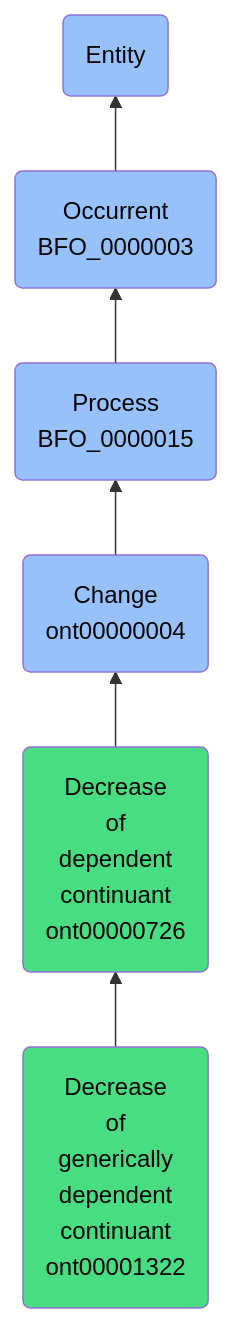
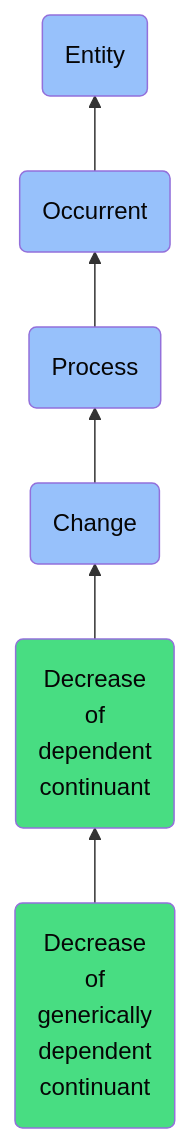
Before and after one commit to jupyter-naas/abi: the diagram in docs/ontology/reference/model/Entity/Occurrent/Process/Change/Decrease of dependent continuant/Decrease of generically dependent continuant/Decrease of generically dependent continuant.md, drawn with Mermaid. The commit also changed other lines of this file and 1430 other files, not shown here.

````diff
--- a/docs/ontology/reference/model/Entity/Occurrent/Process/Change/Decrease of dependent continuant/Decrease of generically dependent continuant/Decrease of generically dependent continuant.md
+++ b/docs/ontology/reference/model/Entity/Occurrent/Process/Change/Decrease of dependent continuant/Decrease of generically dependent continuant/Decrease of generically dependent continuant.md
@@ -24,13 +24,13 @@
 ```mermaid
 graph BT
-    ont00001322(Decrease<br>of<br>generically<br>dependent<br>continuant<br>ont00001322):::ABI-->ont00000726
-    ont00000726(Decrease<br>of<br>dependent<br>continuant<br>ont00000726):::ABI-->ont00000004
-    ont00000004(Change<br>ont00000004):::BFO-->BFO_0000015
-    BFO_0000015(Process<br>BFO_0000015):::BFO-->BFO_0000003
-    BFO_0000003(Occurrent<br>BFO_0000003):::BFO-->BFO_0000001
+    ont00001322(Decrease<br>of<br>generically<br>dependent<br>continuant):::ABI-->ont00000726
+    ont00000726(Decrease<br>of<br>dependent<br>continuant):::ABI-->ont00000004
+    ont00000004(Change):::BFO-->BFO_0000015
+    BFO_0000015(Process):::BFO-->BFO_0000003
+    BFO_0000003(Occurrent):::BFO-->BFO_0000001
     BFO_0000001(Entity):::BFO
     
     classDef BFO fill:#97c1fb,color:#060606
     classDef CCO fill:#e4c51e,color:#060606
     classDef ABI fill:#48DD82,color:#060606
 ```
````
